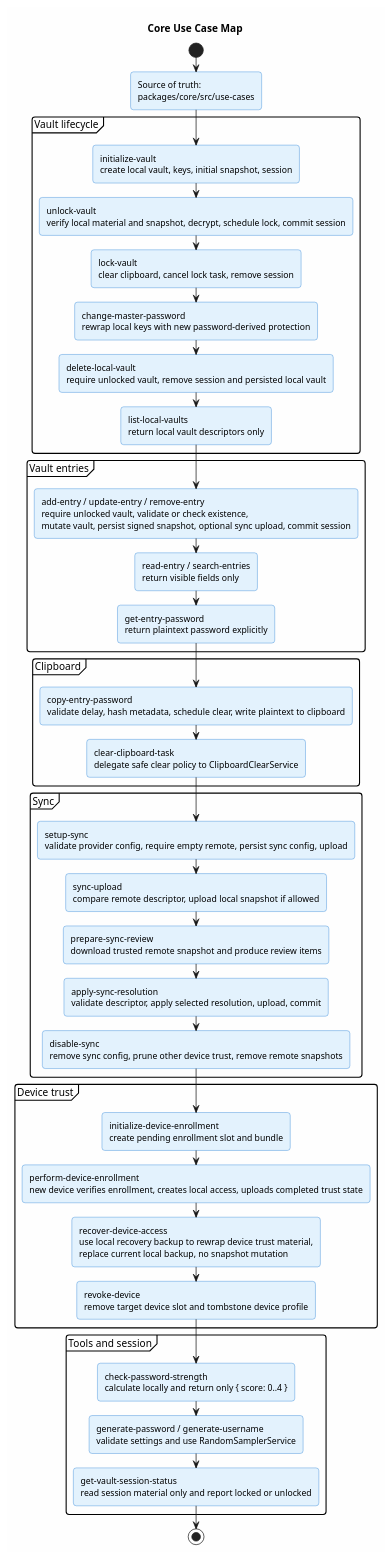
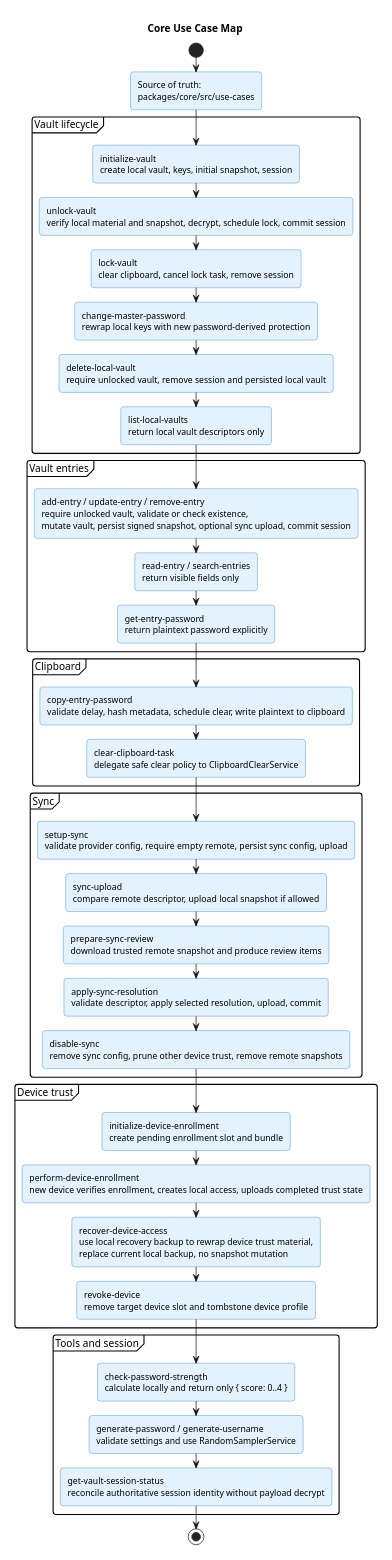
Before and after one commit to ArionStudio/engr-serverless-pm: the diagram in docs/v1/use-case/use-case-map.activity.puml, drawn with PlantUML. The commit also changed 26 other files, not shown here.

```diff
--- a/docs/v1/use-case/use-case-map.activity.puml
+++ b/docs/v1/use-case/use-case-map.activity.puml
@@ -1,57 +1,57 @@
 @startuml core-use-case-map
 title Core Use Case Map
 
 skinparam backgroundColor #FEFEFE
 skinparam roundcorner 8
 skinparam shadowing false
 skinparam activity {
   BackgroundColor #E3F2FD
   BorderColor #1976D2
 }
 
 start
 :Source of truth:\npackages/core/src/use-cases;
 
 partition "Vault lifecycle" {
   :initialize-vault\ncreate local vault, keys, initial snapshot, session;
   :unlock-vault\nverify local material and snapshot, decrypt, schedule lock, commit session;
   :lock-vault\nclear clipboard, cancel lock task, remove session;
   :change-master-password\nrewrap local keys with new password-derived protection;
   :delete-local-vault\nrequire unlocked vault, remove session and persisted local vault;
   :list-local-vaults\nreturn local vault descriptors only;
 }
 
 partition "Vault entries" {
   :add-entry / update-entry / remove-entry\nrequire unlocked vault, validate or check existence,\nmutate vault, persist signed snapshot, optional sync upload, commit session;
   :read-entry / search-entries\nreturn visible fields only;
   :get-entry-password\nreturn plaintext password explicitly;
 }
 
 partition "Clipboard" {
   :copy-entry-password\nvalidate delay, hash metadata, schedule clear, write plaintext to clipboard;
   :clear-clipboard-task\ndelegate safe clear policy to ClipboardClearService;
 }
 
 partition "Sync" {
   :setup-sync\nvalidate provider config, require empty remote, persist sync config, upload;
   :sync-upload\ncompare remote descriptor, upload local snapshot if allowed;
   :prepare-sync-review\ndownload trusted remote snapshot and produce review items;
   :apply-sync-resolution\nvalidate descriptor, apply selected resolution, upload, commit;
   :disable-sync\nremove sync config, prune other device trust, remove remote snapshots;
 }
 
 partition "Device trust" {
   :initialize-device-enrollment\ncreate pending enrollment slot and bundle;
   :perform-device-enrollment\nnew device verifies enrollment, creates local access, uploads completed trust state;
   :recover-device-access\nuse local recovery backup to rewrap device trust material,\nreplace current local backup, no snapshot mutation;
   :revoke-device\nremove target device slot and tombstone device profile;
 }
 
 partition "Tools and session" {
   :check-password-strength\ncalculate locally and return only { score: 0..4 };
   :generate-password / generate-username\nvalidate settings and use RandomSamplerService;
-  :get-vault-session-status\nread session material only and report locked or unlocked;
+  :get-vault-session-status\nreconcile authoritative session identity without payload decrypt;
 }
 
 stop
 @enduml
```
